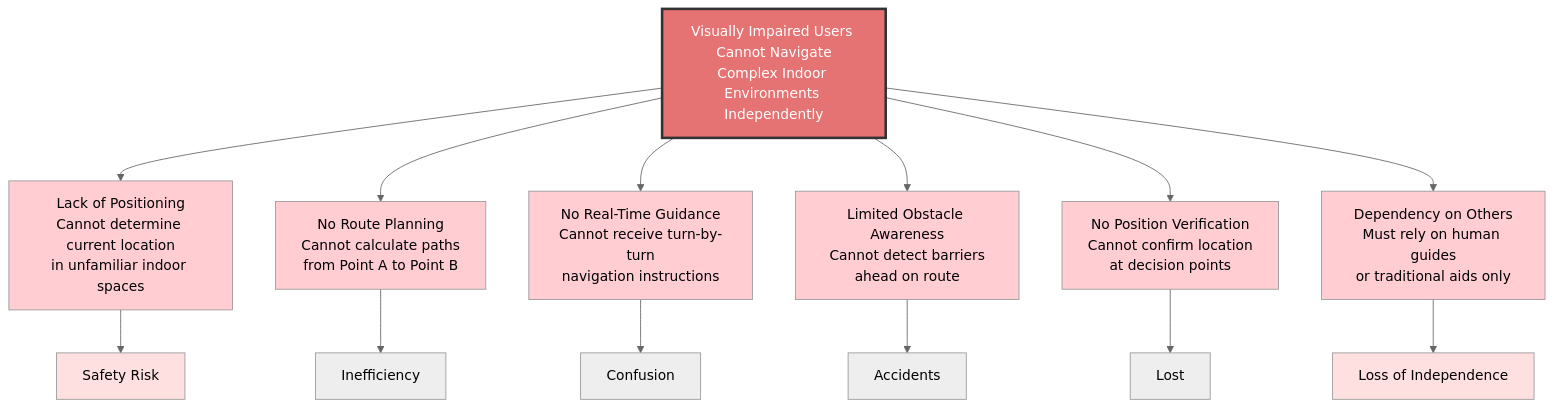
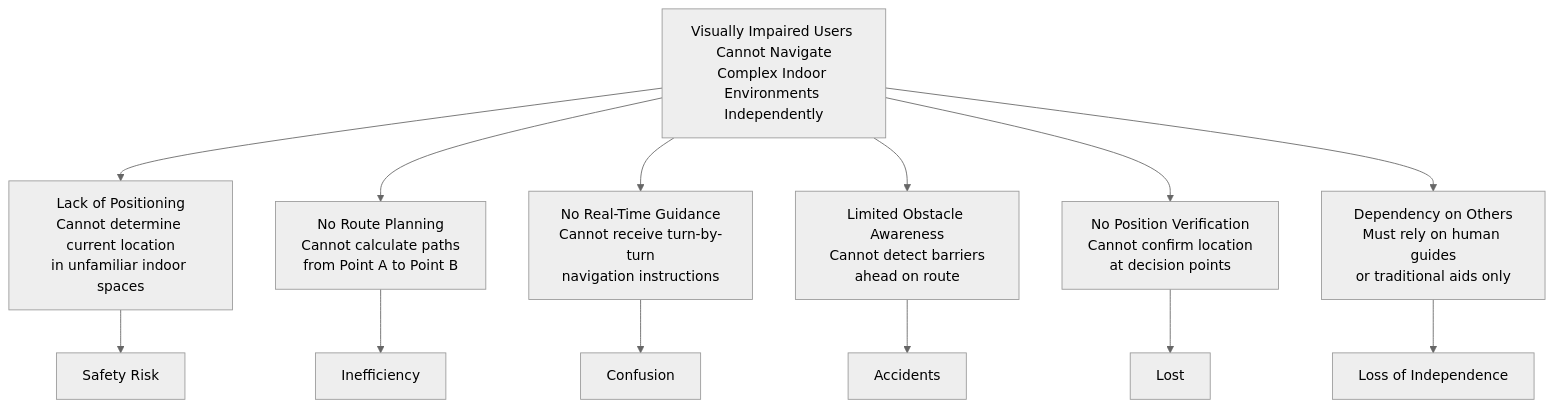
Before and after one commit to phamleduy04/se4351-mobile-f25: the fourth of 11 diagrams in docs/Project 2/WRS Project 2.md, drawn with Mermaid (neutral theme). The commit also changed other lines of this file, not shown here.

````diff
--- a/docs/Project 2/WRS Project 2.md
+++ b/docs/Project 2/WRS Project 2.md
@@ -105,40 +90,30 @@
 ```mermaid
 graph TB
     PROBLEM["Visually Impaired Users Cannot Navigate<br/>Complex Indoor Environments Independently"]
     
     P1["Lack of Positioning<br/>Cannot determine current location<br/>in unfamiliar indoor spaces"]
     
     P2["No Route Planning<br/>Cannot calculate paths<br/>from Point A to Point B"]
     
     P3["No Real-Time Guidance<br/>Cannot receive turn-by-turn<br/>navigation instructions"]
     
     P4["Limited Obstacle Awareness<br/>Cannot detect barriers<br/>ahead on route"]
     
     P5["No Position Verification<br/>Cannot confirm location<br/>at decision points"]
     
     P6["Dependency on Others<br/>Must rely on human guides<br/>or traditional aids only"]
     
     PROBLEM --> P1
     PROBLEM --> P2
     PROBLEM --> P3
     PROBLEM --> P4
     PROBLEM --> P5
     PROBLEM --> P6
     
     P1 --> IMPACT1["Safety Risk"]
     P2 --> IMPACT2["Inefficiency"]
     P3 --> IMPACT3["Confusion"]
     P4 --> IMPACT4["Accidents"]
     P5 --> IMPACT5["Lost"]
     P6 --> IMPACT6["Loss of Independence"]
-    
-    style PROBLEM fill:#E57373,stroke:#333,stroke-width:3px,color:#fff
-    style P1 fill:#FFCDD2
-    style P2 fill:#FFCDD2
-    style P3 fill:#FFCDD2
-    style P4 fill:#FFCDD2
-    style P5 fill:#FFCDD2
-    style P6 fill:#FFCDD2
-    style IMPACT1 fill:#FFE0E0
-    style IMPACT6 fill:#FFE0E0
 ```
````
